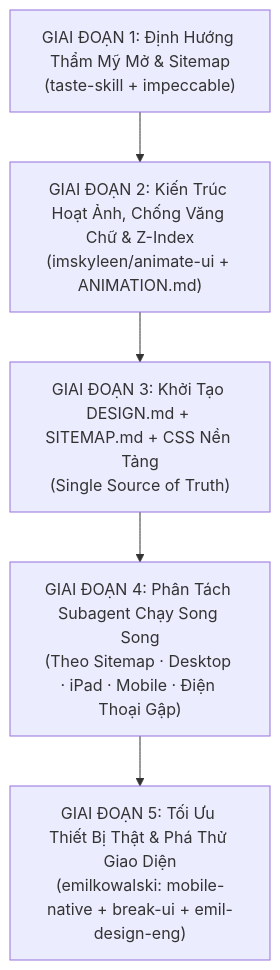
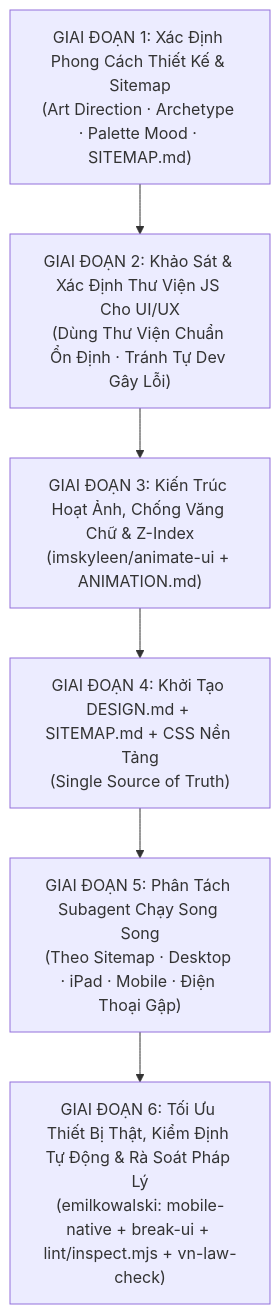
One commit to quoctinh6/design_html changed the diagram in 01_AGENT_WORKFLOW.md. Above: the diagram before and after it, drawn with Mermaid. The commit also changed other lines of this file and 2 other files, not shown here.

Commit message:
Add Phase 1: Determine design style & Phase 2: Select standard UI/UX JS libraries to prevent manual reinventing bugs

````diff
--- a/01_AGENT_WORKFLOW.md
+++ b/01_AGENT_WORKFLOW.md
@@ -5,10 +5,11 @@
 ```mermaid
 flowchart TD
-    P1["GIAI ĐOẠN 1: Định Hướng Thẩm Mỹ Mở & Sitemap<br/>(taste-skill + impeccable)"]
-    P2["GIAI ĐOẠN 2: Kiến Trúc Hoạt Ảnh, Chống Văng Chữ & Z-Index<br/>(imskyleen/animate-ui + ANIMATION.md)"]
-    P3["GIAI ĐOẠN 3: Khởi Tạo DESIGN.md + SITEMAP.md + CSS Nền Tảng<br/>(Single Source of Truth)"]
-    P4["GIAI ĐOẠN 4: Phân Tách Subagent Chạy Song Song<br/>(Theo Sitemap · Desktop · iPad · Mobile · Điện Thoại Gập)"]
-    P5["GIAI ĐOẠN 5: Tối Ưu Thiết Bị Thật & Phá Thử Giao Diện<br/>(emilkowalski: mobile-native + break-ui + emil-design-eng)"]
+    P1["GIAI ĐOẠN 1: Xác Định Phong Cách Thiết Kế & Sitemap<br/>(Art Direction · Archetype · Palette Mood · SITEMAP.md)"]
+    P2["GIAI ĐOẠN 2: Khảo Sát & Xác Định Thư Viện JS Cho UI/UX<br/>(Dùng Thư Viện Chuẩn Ổn Định · Tránh Tự Dev Gây Lỗi)"]
+    P3["GIAI ĐOẠN 3: Kiến Trúc Hoạt Ảnh, Chống Văng Chữ & Z-Index<br/>(imskyleen/animate-ui + ANIMATION.md)"]
+    P4["GIAI ĐOẠN 4: Khởi Tạo DESIGN.md + SITEMAP.md + CSS Nền Tảng<br/>(Single Source of Truth)"]
+    P5["GIAI ĐOẠN 5: Phân Tách Subagent Chạy Song Song<br/>(Theo Sitemap · Desktop · iPad · Mobile · Điện Thoại Gập)"]
+    P6["GIAI ĐOẠN 6: Tối Ưu Thiết Bị Thật, Kiểm Định Tự Động & Rà Soát Pháp Lý<br/>(emilkowalski: mobile-native + break-ui + lint/inspect.mjs + vn-law-check)"]
 
-    P1 --> P2 --> P3 --> P4 --> P5
+    P1 --> P2 --> P3 --> P4 --> P5 --> P6
 ```
````
